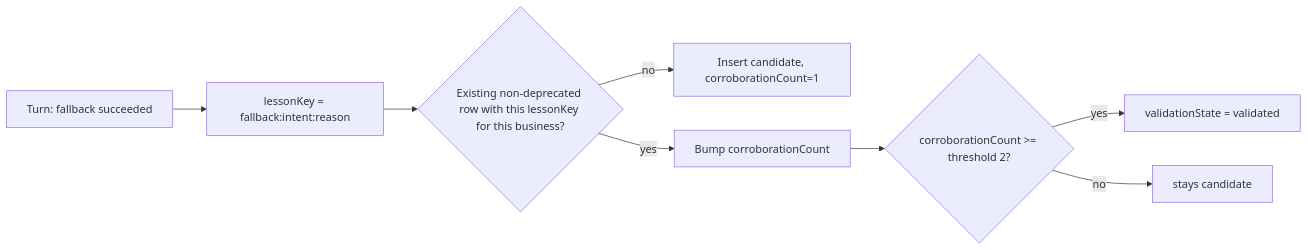
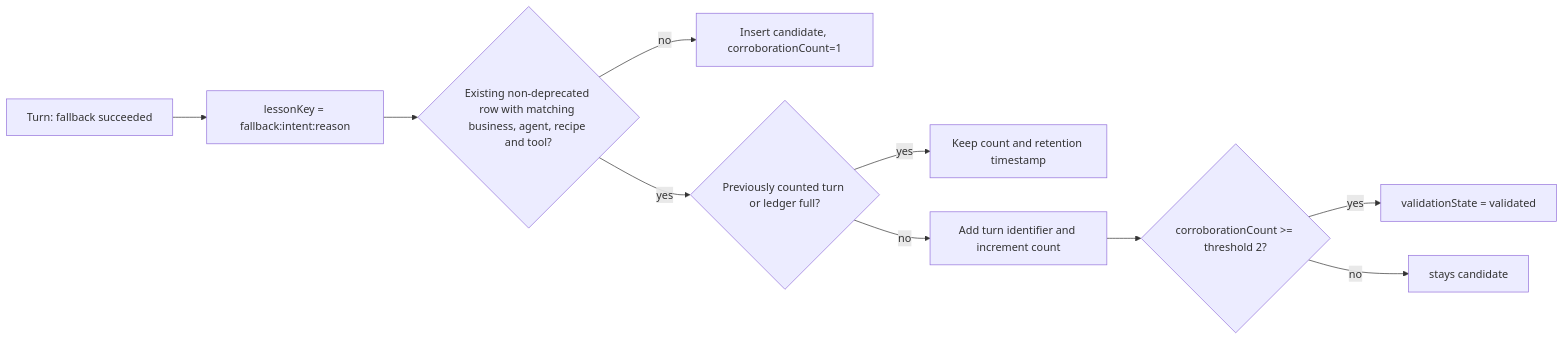
One commit to LuckiestManAliveEver/grogoni changed the diagram in docs/architecture/experience-memory.md. Above: the diagram before and after it, drawn with Mermaid. The commit also changed other lines of this file and 5 other files, not shown here.

````diff
--- a/docs/architecture/experience-memory.md
+++ b/docs/architecture/experience-memory.md
@@ -73,10 +74,12 @@
 ```mermaid
 flowchart LR
   T[Turn: fallback succeeded] --> L[lessonKey = fallback:intent:reason]
-  L --> Q{Existing non-deprecated row with this lessonKey for this business?}
+  L --> Q{Existing non-deprecated row with matching business, agent, recipe and tool?}
   Q -->|no| C[Insert candidate, corroborationCount=1]
-  Q -->|yes| B[Bump corroborationCount]
+  Q -->|yes| R{Previously counted turn or ledger full?}
+  R -->|yes| D[Keep count and retention timestamp]
+  R -->|no| B[Add turn identifier and increment count]
   B --> P{corroborationCount >= threshold 2?}
   P -->|yes| V[validationState = validated]
   P -->|no| K[stays candidate]
 ```
````
